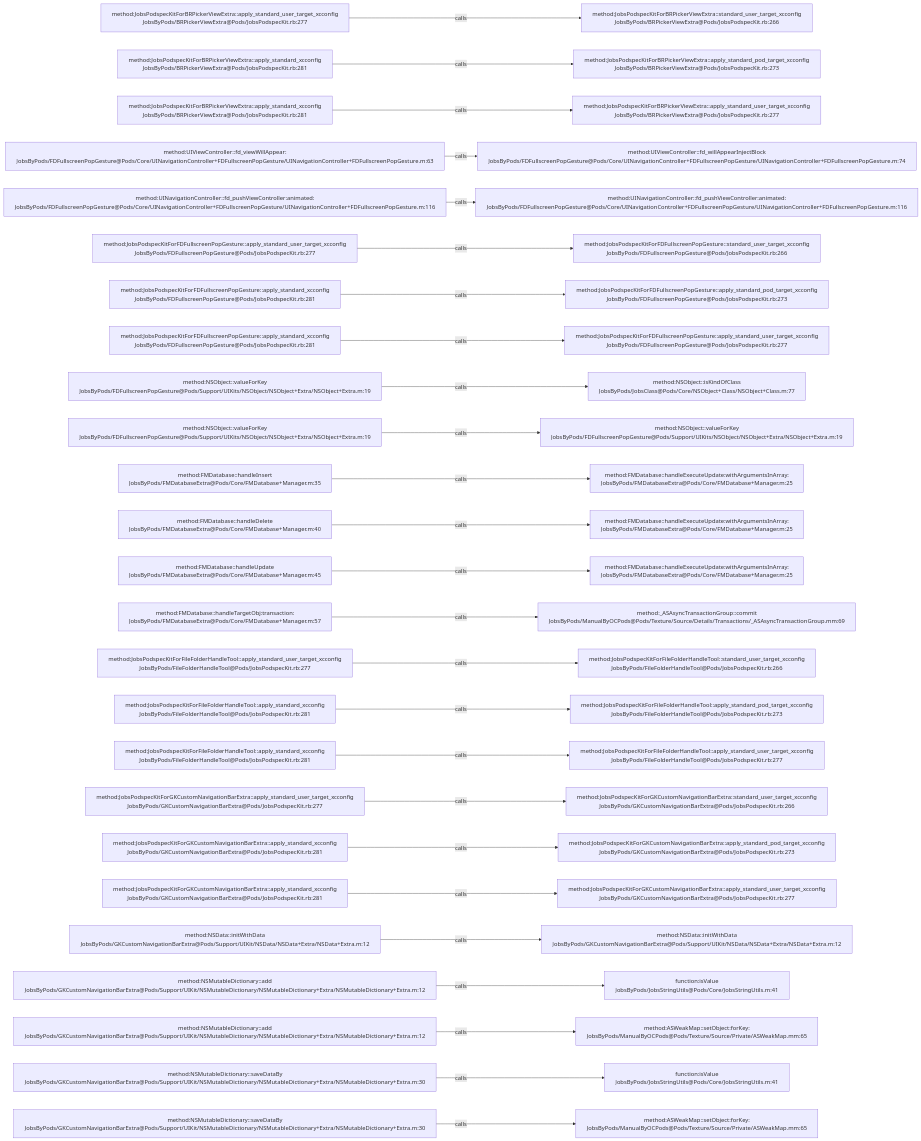
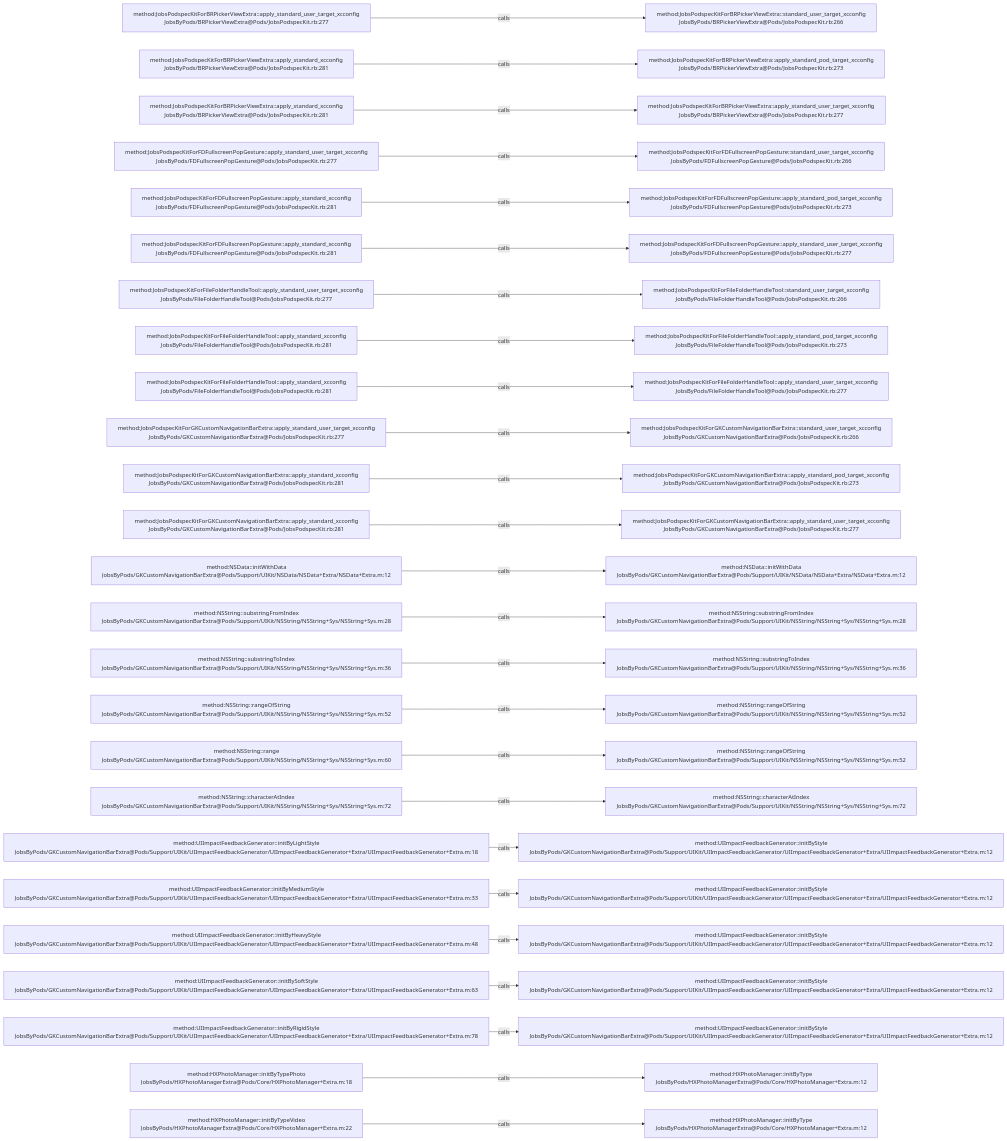
Before and after one commit to JobsKits/JobsOCBaseConfigDemo: the diagram in .codegraph/codegraph.md/graphs/calls-001.md, drawn with Mermaid. The commit also changed 2162 other files, not shown here.

````diff
--- a/.codegraph/codegraph.md/graphs/calls-001.md
+++ b/.codegraph/codegraph.md/graphs/calls-001.md
@@ -13,78 +13,78 @@
 ```mermaid
 flowchart LR
   S1["method:JobsPodspecKitForBRPickerViewExtra::apply_standard_user_target_xcconfig<br/>JobsByPods/BRPickerViewExtra@Pods/JobsPodspecKit.rb:277"]
   T1["method:JobsPodspecKitForBRPickerViewExtra::standard_user_target_xcconfig<br/>JobsByPods/BRPickerViewExtra@Pods/JobsPodspecKit.rb:266"]
   S1 -->|calls| T1
   S2["method:JobsPodspecKitForBRPickerViewExtra::apply_standard_xcconfig<br/>JobsByPods/BRPickerViewExtra@Pods/JobsPodspecKit.rb:281"]
   T2["method:JobsPodspecKitForBRPickerViewExtra::apply_standard_pod_target_xcconfig<br/>JobsByPods/BRPickerViewExtra@Pods/JobsPodspecKit.rb:273"]
   S2 -->|calls| T2
   S3["method:JobsPodspecKitForBRPickerViewExtra::apply_standard_xcconfig<br/>JobsByPods/BRPickerViewExtra@Pods/JobsPodspecKit.rb:281"]
   T3["method:JobsPodspecKitForBRPickerViewExtra::apply_standard_user_target_xcconfig<br/>JobsByPods/BRPickerViewExtra@Pods/JobsPodspecKit.rb:277"]
   S3 -->|calls| T3
-  S4["method:UIViewController::fd_viewWillAppear:<br/>JobsByPods/FDFullscreenPopGesture@Pods/Core/UINavigationController+FDFullscreenPopGesture/UINavigationController+FDFullscreenPopGesture.m:63"]
-  T4["method:UIViewController::fd_willAppearInjectBlock<br/>JobsByPods/FDFullscreenPopGesture@Pods/Core/UINavigationController+FDFullscreenPopGesture/UINavigationController+FDFullscreenPopGesture.m:74"]
+  S4["method:JobsPodspecKitForFDFullscreenPopGesture::apply_standard_user_target_xcconfig<br/>JobsByPods/FDFullscreenPopGesture@Pods/JobsPodspecKit.rb:277"]
+  T4["method:JobsPodspecKitForFDFullscreenPopGesture::standard_user_target_xcconfig<br/>JobsByPods/FDFullscreenPopGesture@Pods/JobsPodspecKit.rb:266"]
   S4 -->|calls| T4
-  S5["method:UINavigationController::fd_pushViewController:animated:<br/>JobsByPods/FDFullscreenPopGesture@Pods/Core/UINavigationController+FDFullscreenPopGesture/UINavigationController+FDFullscreenPopGesture.m:116"]
-  T5["method:UINavigationController::fd_pushViewController:animated:<br/>JobsByPods/FDFullscreenPopGesture@Pods/Core/UINavigationController+FDFullscreenPopGesture/UINavigationController+FDFullscreenPopGesture.m:116"]
+  S5["method:JobsPodspecKitForFDFullscreenPopGesture::apply_standard_xcconfig<br/>JobsByPods/FDFullscreenPopGesture@Pods/JobsPodspecKit.rb:281"]
+  T5["method:JobsPodspecKitForFDFullscreenPopGesture::apply_standard_pod_target_xcconfig<br/>JobsByPods/FDFullscreenPopGesture@Pods/JobsPodspecKit.rb:273"]
   S5 -->|calls| T5
-  S6["method:JobsPodspecKitForFDFullscreenPopGesture::apply_standard_user_target_xcconfig<br/>JobsByPods/FDFullscreenPopGesture@Pods/JobsPodspecKit.rb:277"]
-  T6["method:JobsPodspecKitForFDFullscreenPopGesture::standard_user_target_xcconfig<br/>JobsByPods/FDFullscreenPopGesture@Pods/JobsPodspecKit.rb:266"]
+  S6["method:JobsPodspecKitForFDFullscreenPopGesture::apply_standard_xcconfig<br/>JobsByPods/FDFullscreenPopGesture@Pods/JobsPodspecKit.rb:281"]
+  T6["method:JobsPodspecKitForFDFullscreenPopGesture::apply_standard_user_target_xcconfig<br/>JobsByPods/FDFullscreenPopGesture@Pods/JobsPodspecKit.rb:277"]
   S6 -->|calls| T6
-  S7["method:JobsPodspecKitForFDFullscreenPopGesture::apply_standard_xcconfig<br/>JobsByPods/FDFullscreenPopGesture@Pods/JobsPodspecKit.rb:281"]
-  T7["method:JobsPodspecKitForFDFullscreenPopGesture::apply_standard_pod_target_xcconfig<br/>JobsByPods/FDFullscreenPopGesture@Pods/JobsPodspecKit.rb:273"]
+  S7["method:JobsPodspecKitForFileFolderHandleTool::apply_standard_user_target_xcconfig<br/>JobsByPods/FileFolderHandleTool@Pods/JobsPodspecKit.rb:277"]
+  T7["method:JobsPodspecKitForFileFolderHandleTool::standard_user_target_xcconfig<br/>JobsByPods/FileFolderHandleTool@Pods/JobsPodspecKit.rb:266"]
   S7 -->|calls| T7
-  S8["method:JobsPodspecKitForFDFullscreenPopGesture::apply_standard_xcconfig<br/>JobsByPods/FDFullscreenPopGesture@Pods/JobsPodspecKit.rb:281"]
-  T8["method:JobsPodspecKitForFDFullscreenPopGesture::apply_standard_user_target_xcconfig<br/>JobsByPods/FDFullscreenPopGesture@Pods/JobsPodspecKit.rb:277"]
+  S8["method:JobsPodspecKitForFileFolderHandleTool::apply_standard_xcconfig<br/>JobsByPods/FileFolderHandleTool@Pods/JobsPodspecKit.rb:281"]
+  T8["method:JobsPodspecKitForFileFolderHandleTool::apply_standard_pod_target_xcconfig<br/>JobsByPods/FileFolderHandleTool@Pods/JobsPodspecKit.rb:273"]
   S8 -->|calls| T8
-  S9["method:NSObject::valueForKey<br/>JobsByPods/FDFullscreenPopGesture@Pods/Support/UIKits/NSObject/NSObject+Extra/NSObject+Extra.m:19"]
-  T9["method:NSObject::isKindOfClass<br/>JobsByPods/JobsClass@Pods/Core/NSObject+Class/NSObject+Class.m:77"]
+  S9["method:JobsPodspecKitForFileFolderHandleTool::apply_standard_xcconfig<br/>JobsByPods/FileFolderHandleTool@Pods/JobsPodspecKit.rb:281"]
+  T9["method:JobsPodspecKitForFileFolderHandleTool::apply_standard_user_target_xcconfig<br/>JobsByPods/FileFolderHandleTool@Pods/JobsPodspecKit.rb:277"]
   S9 -->|calls| T9
-  S10["method:NSObject::valueForKey<br/>JobsByPods/FDFullscreenPopGesture@Pods/Support/UIKits/NSObject/NSObject+Extra/NSObject+Extra.m:19"]
-  T10["method:NSObject::valueForKey<br/>JobsByPods/FDFullscreenPopGesture@Pods/Support/UIKits/NSObject/NSObject+Extra/NSObject+Extra.m:19"]
+  S10["method:JobsPodspecKitForGKCustomNavigationBarExtra::apply_standard_user_target_xcconfig<br/>JobsByPods/GKCustomNavigationBarExtra@Pods/JobsPodspecKit.rb:277"]
+  T10["method:JobsPodspecKitForGKCustomNavigationBarExtra::standard_user_target_xcconfig<br/>JobsByPods/GKCustomNavigationBarExtra@Pods/JobsPodspecKit.rb:266"]
   S10 -->|calls| T10
-  S11["method:FMDatabase::handleInsert<br/>JobsByPods/FMDatabaseExtra@Pods/Core/FMDatabase+Manager.m:35"]
-  T11["method:FMDatabase::handleExecuteUpdate:withArgumentsInArray:<br/>JobsByPods/FMDatabaseExtra@Pods/Core/FMDatabase+Manager.m:25"]
+  S11["method:JobsPodspecKitForGKCustomNavigationBarExtra::apply_standard_xcconfig<br/>JobsByPods/GKCustomNavigationBarExtra@Pods/JobsPodspecKit.rb:281"]
+  T11["method:JobsPodspecKitForGKCustomNavigationBarExtra::apply_standard_pod_target_xcconfig<br/>JobsByPods/GKCustomNavigationBarExtra@Pods/JobsPodspecKit.rb:273"]
   S11 -->|calls| T11
-  S12["method:FMDatabase::handleDelete<br/>JobsByPods/FMDatabaseExtra@Pods/Core/FMDatabase+Manager.m:40"]
-  T12["method:FMDatabase::handleExecuteUpdate:withArgumentsInArray:<br/>JobsByPods/FMDatabaseExtra@Pods/Core/FMDatabase+Manager.m:25"]
+  S12["method:JobsPodspecKitForGKCustomNavigationBarExtra::apply_standard_xcconfig<br/>JobsByPods/GKCustomNavigationBarExtra@Pods/JobsPodspecKit.rb:281"]
+  T12["method:JobsPodspecKitForGKCustomNavigationBarExtra::apply_standard_user_target_xcconfig<br/>JobsByPods/GKCustomNavigationBarExtra@Pods/JobsPodspecKit.rb:277"]
   S12 -->|calls| T12
-  S13["method:FMDatabase::handleUpdate<br/>JobsByPods/FMDatabaseExtra@Pods/Core/FMDatabase+Manager.m:45"]
-  T13["method:FMDatabase::handleExecuteUpdate:withArgumentsInArray:<br/>JobsByPods/FMDatabaseExtra@Pods/Core/FMDatabase+Manager.m:25"]
+  S13["method:NSData::initWithData<br/>JobsByPods/GKCustomNavigationBarExtra@Pods/Support/UIKit/NSData/NSData+Extra/NSData+Extra.m:12"]
+  T13["method:NSData::initWithData<br/>JobsByPods/GKCustomNavigationBarExtra@Pods/Support/UIKit/NSData/NSData+Extra/NSData+Extra.m:12"]
   S13 -->|calls| T13
-  S14["method:FMDatabase::handleTargetObj:transaction:<br/>JobsByPods/FMDatabaseExtra@Pods/Core/FMDatabase+Manager.m:57"]
-  T14["method:_ASAsyncTransactionGroup::commit<br/>JobsByPods/ManualByOCPods@Pods/Texture/Source/Details/Transactions/_ASAsyncTransactionGroup.mm:69"]
+  S14["method:NSString::substringFromIndex<br/>JobsByPods/GKCustomNavigationBarExtra@Pods/Support/UIKit/NSString/NSString+Sys/NSString+Sys.m:28"]
+  T14["method:NSString::substringFromIndex<br/>JobsByPods/GKCustomNavigationBarExtra@Pods/Support/UIKit/NSString/NSString+Sys/NSString+Sys.m:28"]
   S14 -->|calls| T14
-  S15["method:JobsPodspecKitForFileFolderHandleTool::apply_standard_user_target_xcconfig<br/>JobsByPods/FileFolderHandleTool@Pods/JobsPodspecKit.rb:277"]
-  T15["method:JobsPodspecKitForFileFolderHandleTool::standard_user_target_xcconfig<br/>JobsByPods/FileFolderHandleTool@Pods/JobsPodspecKit.rb:266"]
+  S15["method:NSString::substringToIndex<br/>JobsByPods/GKCustomNavigationBarExtra@Pods/Support/UIKit/NSString/NSString+Sys/NSString+Sys.m:36"]
+  T15["method:NSString::substringToIndex<br/>JobsByPods/GKCustomNavigationBarExtra@Pods/Support/UIKit/NSString/NSString+Sys/NSString+Sys.m:36"]
   S15 -->|calls| T15
-  S16["method:JobsPodspecKitForFileFolderHandleTool::apply_standard_xcconfig<br/>JobsByPods/FileFolderHandleTool@Pods/JobsPodspecKit.rb:281"]
-  T16["method:JobsPodspecKitForFileFolderHandleTool::apply_standard_pod_target_xcconfig<br/>JobsByPods/FileFolderHandleTool@Pods/JobsPodspecKit.rb:273"]
+  S16["method:NSString::rangeOfString<br/>JobsByPods/GKCustomNavigationBarExtra@Pods/Support/UIKit/NSString/NSString+Sys/NSString+Sys.m:52"]
+  T16["method:NSString::rangeOfString<br/>JobsByPods/GKCustomNavigationBarExtra@Pods/Support/UIKit/NSString/NSString+Sys/NSString+Sys.m:52"]
   S16 -->|calls| T16
-  S17["method:JobsPodspecKitForFileFolderHandleTool::apply_standard_xcconfig<br/>JobsByPods/FileFolderHandleTool@Pods/JobsPodspecKit.rb:281"]
-  T17["method:JobsPodspecKitForFileFolderHandleTool::apply_standard_user_target_xcconfig<br/>JobsByPods/FileFolderHandleTool@Pods/JobsPodspecKit.rb:277"]
+  S17["method:NSString::range<br/>JobsByPods/GKCustomNavigationBarExtra@Pods/Support/UIKit/NSString/NSString+Sys/NSString+Sys.m:60"]
+  T17["method:NSString::rangeOfString<br/>JobsByPods/GKCustomNavigationBarExtra@Pods/Support/UIKit/NSString/NSString+Sys/NSString+Sys.m:52"]
   S17 -->|calls| T17
-  S18["method:JobsPodspecKitForGKCustomNavigationBarExtra::apply_standard_user_target_xcconfig<br/>JobsByPods/GKCustomNavigationBarExtra@Pods/JobsPodspecKit.rb:277"]
-  T18["method:JobsPodspecKitForGKCustomNavigationBarExtra::standard_user_target_xcconfig<br/>JobsByPods/GKCustomNavigationBarExtra@Pods/JobsPodspecKit.rb:266"]
+  S18["method:NSString::characterAtIndex<br/>JobsByPods/GKCustomNavigationBarExtra@Pods/Support/UIKit/NSString/NSString+Sys/NSString+Sys.m:72"]
+  T18["method:NSString::characterAtIndex<br/>JobsByPods/GKCustomNavigationBarExtra@Pods/Support/UIKit/NSString/NSString+Sys/NSString+Sys.m:72"]
   S18 -->|calls| T18
-  S19["method:JobsPodspecKitForGKCustomNavigationBarExtra::apply_standard_xcconfig<br/>JobsByPods/GKCustomNavigationBarExtra@Pods/JobsPodspecKit.rb:281"]
-  T19["method:JobsPodspecKitForGKCustomNavigationBarExtra::apply_standard_pod_target_xcconfig<br/>JobsByPods/GKCustomNavigationBarExtra@Pods/JobsPodspecKit.rb:273"]
+  S19["method:UIImpactFeedbackGenerator::initByLightStyle<br/>JobsByPods/GKCustomNavigationBarExtra@Pods/Support/UIKit/UIImpactFeedbackGenerator/UIImpactFeedbackGenerator+Extra/UIImpactFeedbackGenerator+Extra.m:18"]
+  T19["method:UIImpactFeedbackGenerator::initByStyle<br/>JobsByPods/GKCustomNavigationBarExtra@Pods/Support/UIKit/UIImpactFeedbackGenerator/UIImpactFeedbackGenerator+Extra/UIImpactFeedbackGenerator+Extra.m:12"]
   S19 -->|calls| T19
-  S20["method:JobsPodspecKitForGKCustomNavigationBarExtra::apply_standard_xcconfig<br/>JobsByPods/GKCustomNavigationBarExtra@Pods/JobsPodspecKit.rb:281"]
-  T20["method:JobsPodspecKitForGKCustomNavigationBarExtra::apply_standard_user_target_xcconfig<br/>JobsByPods/GKCustomNavigationBarExtra@Pods/JobsPodspecKit.rb:277"]
+  S20["method:UIImpactFeedbackGenerator::initByMediumStyle<br/>JobsByPods/GKCustomNavigationBarExtra@Pods/Support/UIKit/UIImpactFeedbackGenerator/UIImpactFeedbackGenerator+Extra/UIImpactFeedbackGenerator+Extra.m:33"]
+  T20["method:UIImpactFeedbackGenerator::initByStyle<br/>JobsByPods/GKCustomNavigationBarExtra@Pods/Support/UIKit/UIImpactFeedbackGenerator/UIImpactFeedbackGenerator+Extra/UIImpactFeedbackGenerator+Extra.m:12"]
   S20 -->|calls| T20
-  S21["method:NSData::initWithData<br/>JobsByPods/GKCustomNavigationBarExtra@Pods/Support/UIKit/NSData/NSData+Extra/NSData+Extra.m:12"]
-  T21["method:NSData::initWithData<br/>JobsByPods/GKCustomNavigationBarExtra@Pods/Support/UIKit/NSData/NSData+Extra/NSData+Extra.m:12"]
+  S21["method:UIImpactFeedbackGenerator::initByHeavyStyle<br/>JobsByPods/GKCustomNavigationBarExtra@Pods/Support/UIKit/UIImpactFeedbackGenerator/UIImpactFeedbackGenerator+Extra/UIImpactFeedbackGenerator+Extra.m:48"]
+  T21["method:UIImpactFeedbackGenerator::initByStyle<br/>JobsByPods/GKCustomNavigationBarExtra@Pods/Support/UIKit/UIImpactFeedbackGenerator/UIImpactFeedbackGenerator+Extra/UIImpactFeedbackGenerator+Extra.m:12"]
   S21 -->|calls| T21
-  S22["method:NSMutableDictionary::add<br/>JobsByPods/GKCustomNavigationBarExtra@Pods/Support/UIKit/NSMutableDictionary/NSMutableDictionary+Extra/NSMutableDictionary+Extra.m:12"]
-  T22["function:isValue<br/>JobsByPods/JobsStringUtils@Pods/Core/JobsStringUtils.m:41"]
+  S22["method:UIImpactFeedbackGenerator::initBySoftStyle<br/>JobsByPods/GKCustomNavigationBarExtra@Pods/Support/UIKit/UIImpactFeedbackGenerator/UIImpactFeedbackGenerator+Extra/UIImpactFeedbackGenerator+Extra.m:63"]
+  T22["method:UIImpactFeedbackGenerator::initByStyle<br/>JobsByPods/GKCustomNavigationBarExtra@Pods/Support/UIKit/UIImpactFeedbackGenerator/UIImpactFeedbackGenerator+Extra/UIImpactFeedbackGenerator+Extra.m:12"]
   S22 -->|calls| T22
-  S23["method:NSMutableDictionary::add<br/>JobsByPods/GKCustomNavigationBarExtra@Pods/Support/UIKit/NSMutableDictionary/NSMutableDictionary+Extra/NSMutableDictionary+Extra.m:12"]
-  T23["method:ASWeakMap::setObject:forKey:<br/>JobsByPods/ManualByOCPods@Pods/Texture/Source/Private/ASWeakMap.mm:65"]
+  S23["method:UIImpactFeedbackGenerator::initByRigidStyle<br/>JobsByPods/GKCustomNavigationBarExtra@Pods/Support/UIKit/UIImpactFeedbackGenerator/UIImpactFeedbackGenerator+Extra/UIImpactFeedbackGenerator+Extra.m:78"]
+  T23["method:UIImpactFeedbackGenerator::initByStyle<br/>JobsByPods/GKCustomNavigationBarExtra@Pods/Support/UIKit/UIImpactFeedbackGenerator/UIImpactFeedbackGenerator+Extra/UIImpactFeedbackGenerator+Extra.m:12"]
   S23 -->|calls| T23
-  S24["method:NSMutableDictionary::saveDataBy<br/>JobsByPods/GKCustomNavigationBarExtra@Pods/Support/UIKit/NSMutableDictionary/NSMutableDictionary+Extra/NSMutableDictionary+Extra.m:30"]
-  T24["function:isValue<br/>JobsByPods/JobsStringUtils@Pods/Core/JobsStringUtils.m:41"]
+  S24["method:HXPhotoManager::initByTypePhoto<br/>JobsByPods/HXPhotoManagerExtra@Pods/Core/HXPhotoManager+Extra.m:18"]
+  T24["method:HXPhotoManager::initByType<br/>JobsByPods/HXPhotoManagerExtra@Pods/Core/HXPhotoManager+Extra.m:12"]
   S24 -->|calls| T24
-  S25["method:NSMutableDictionary::saveDataBy<br/>JobsByPods/GKCustomNavigationBarExtra@Pods/Support/UIKit/NSMutableDictionary/NSMutableDictionary+Extra/NSMutableDictionary+Extra.m:30"]
-  T25["method:ASWeakMap::setObject:forKey:<br/>JobsByPods/ManualByOCPods@Pods/Texture/Source/Private/ASWeakMap.mm:65"]
+  S25["method:HXPhotoManager::initByTypeVideo<br/>JobsByPods/HXPhotoManagerExtra@Pods/Core/HXPhotoManager+Extra.m:22"]
+  T25["method:HXPhotoManager::initByType<br/>JobsByPods/HXPhotoManagerExtra@Pods/Core/HXPhotoManager+Extra.m:12"]
   S25 -->|calls| T25
 ```
````
